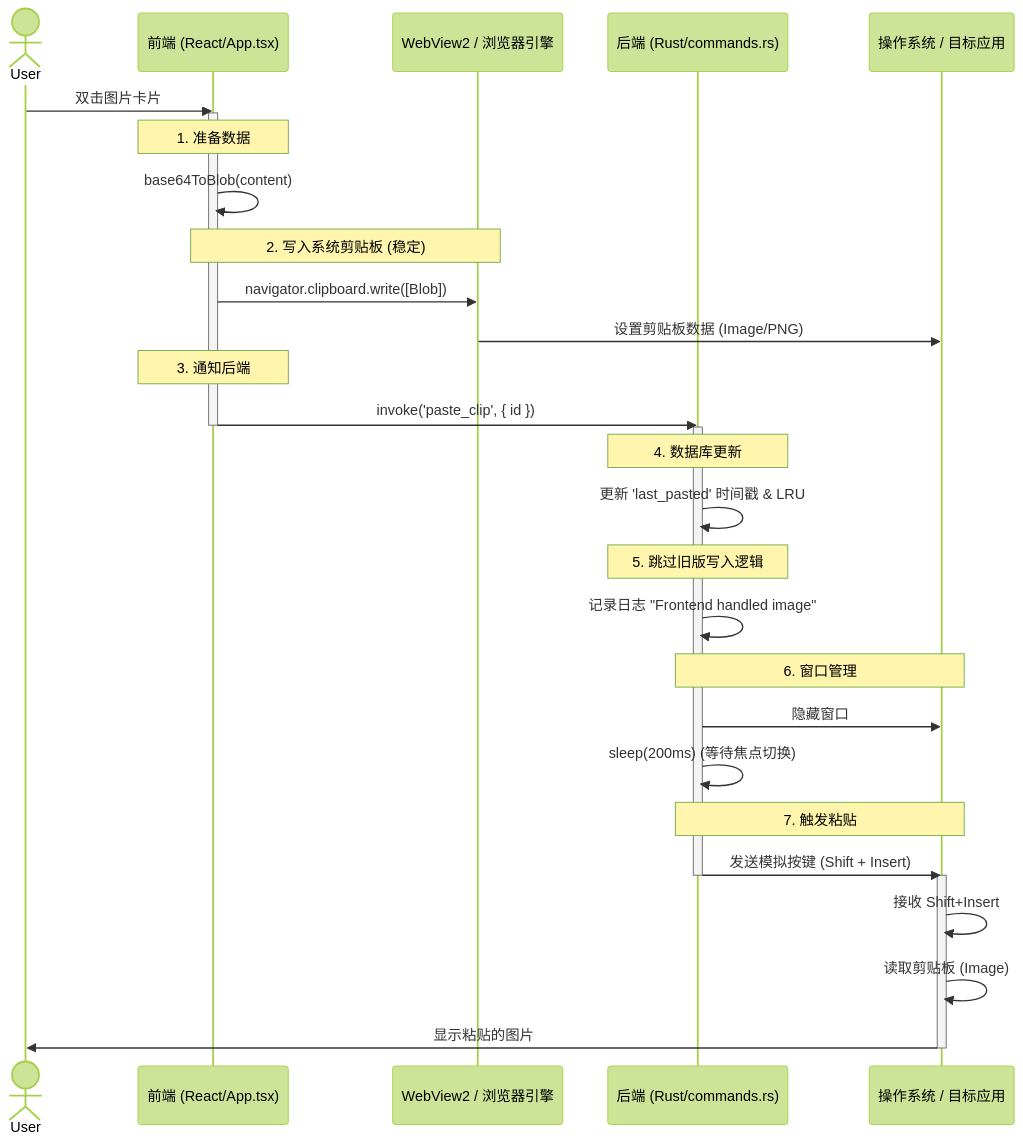
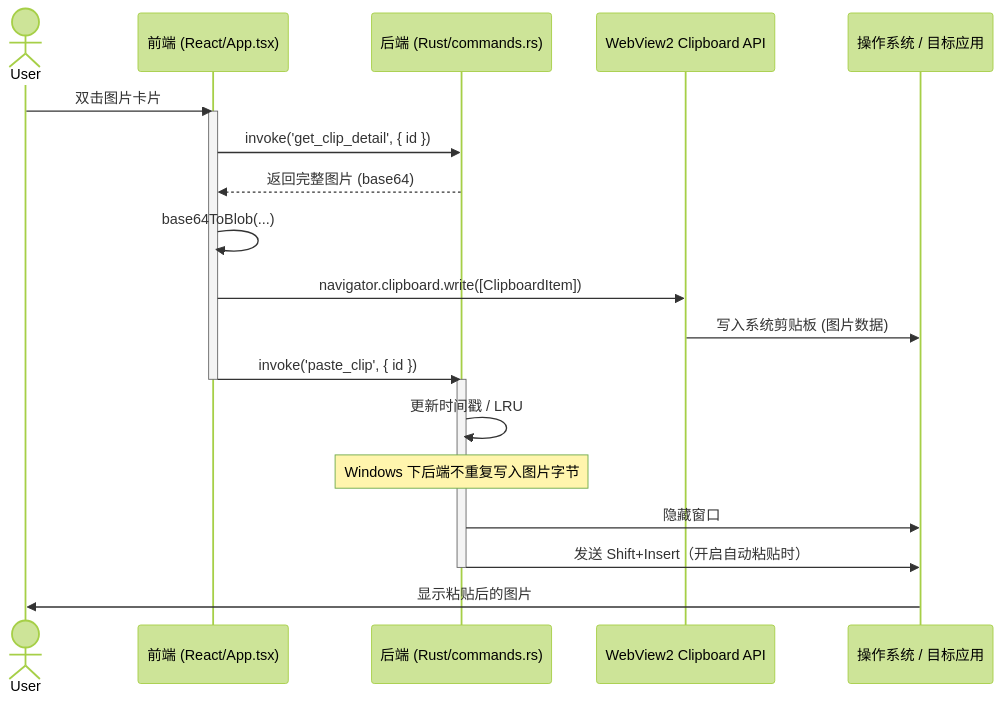
The first of 2 diagrams in README_CN.md (XueshiQiao/WinPaste), drawn with Mermaid (forest theme) before and after one commit. The commit also changed other lines of this file and 5 other files, not shown here.

Commit message:
Update image paste diagrams and bump version to 1.2.5

````diff
--- a/README_CN.md
+++ b/README_CN.md
@@ -216,43 +216,27 @@
 ```mermaid
 sequenceDiagram
     actor User
     participant FE as 前端 (React/App.tsx)
-    participant BROWSER as WebView2 / 浏览器引擎
     participant BE as 后端 (Rust/commands.rs)
+    participant BROWSER as WebView2 Clipboard API
     participant OS as 操作系统 / 目标应用
 
     User->>FE: 双击图片卡片
     activate FE
-
-    Note over FE: 1. 准备数据
-    FE->>FE: base64ToBlob(content)
-
-    Note over FE, BROWSER: 2. 写入系统剪贴板 (稳定)
-    FE->>BROWSER: navigator.clipboard.write([Blob])
-    BROWSER->>OS: 设置剪贴板数据 (Image/PNG)
-
-    Note over FE: 3. 通知后端
+    FE->>BE: invoke('get_clip_detail', { id })
+    BE-->>FE: 返回完整图片 (base64)
+    FE->>FE: base64ToBlob(...)
+    FE->>BROWSER: navigator.clipboard.write([ClipboardItem])
+    BROWSER->>OS: 写入系统剪贴板 (图片数据)
     FE->>BE: invoke('paste_clip', { id })
     deactivate FE
+
     activate BE
-
-    Note over BE: 4. 数据库更新
-    BE->>BE: 更新 'last_pasted' 时间戳 & LRU
-
-    Note over BE: 5. 跳过旧版写入逻辑
-    BE->>BE: 记录日志 "Frontend handled image"
-
-    Note over BE, OS: 6. 窗口管理
+    BE->>BE: 更新时间戳 / LRU
+    Note over BE: Windows 下后端不重复写入图片字节
     BE->>OS: 隐藏窗口
-    BE->>BE: sleep(200ms) (等待焦点切换)
-
-    Note over BE, OS: 7. 触发粘贴
-    BE->>OS: 发送模拟按键 (Shift + Insert)
+    BE->>OS: 发送 Shift+Insert（开启自动粘贴时）
     deactivate BE
 
-    activate OS
-    OS->>OS: 接收 Shift+Insert
-    OS->>OS: 读取剪贴板 (Image)
-    OS->>User: 显示粘贴的图片
-    deactivate OS
+    OS->>User: 显示粘贴后的图片
 ```
````
